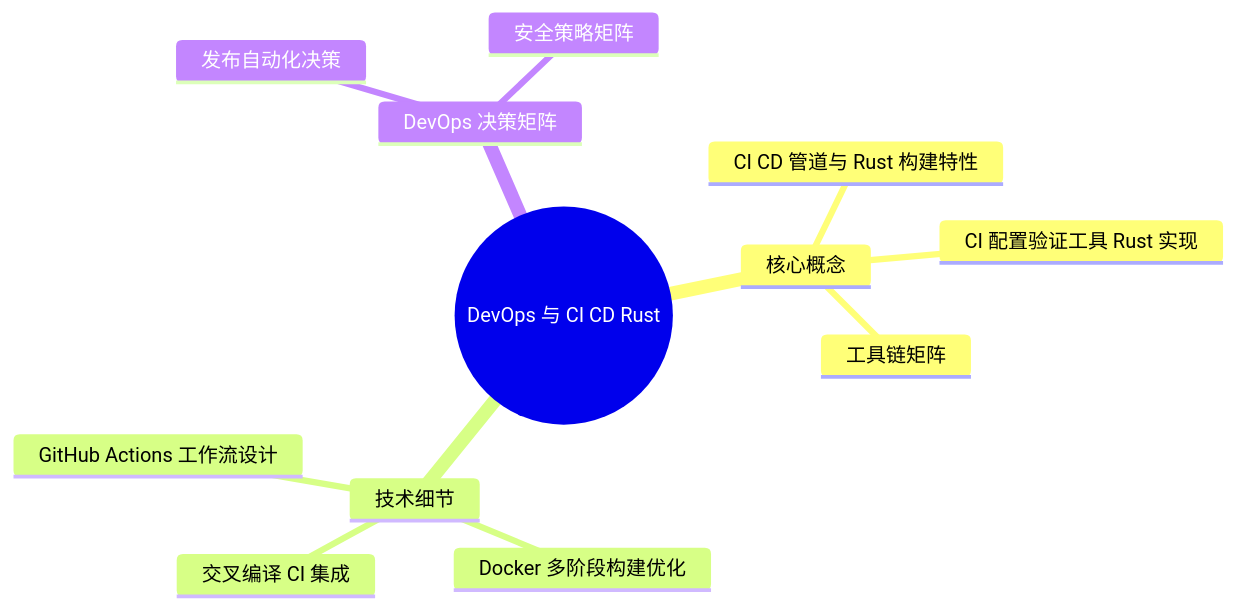
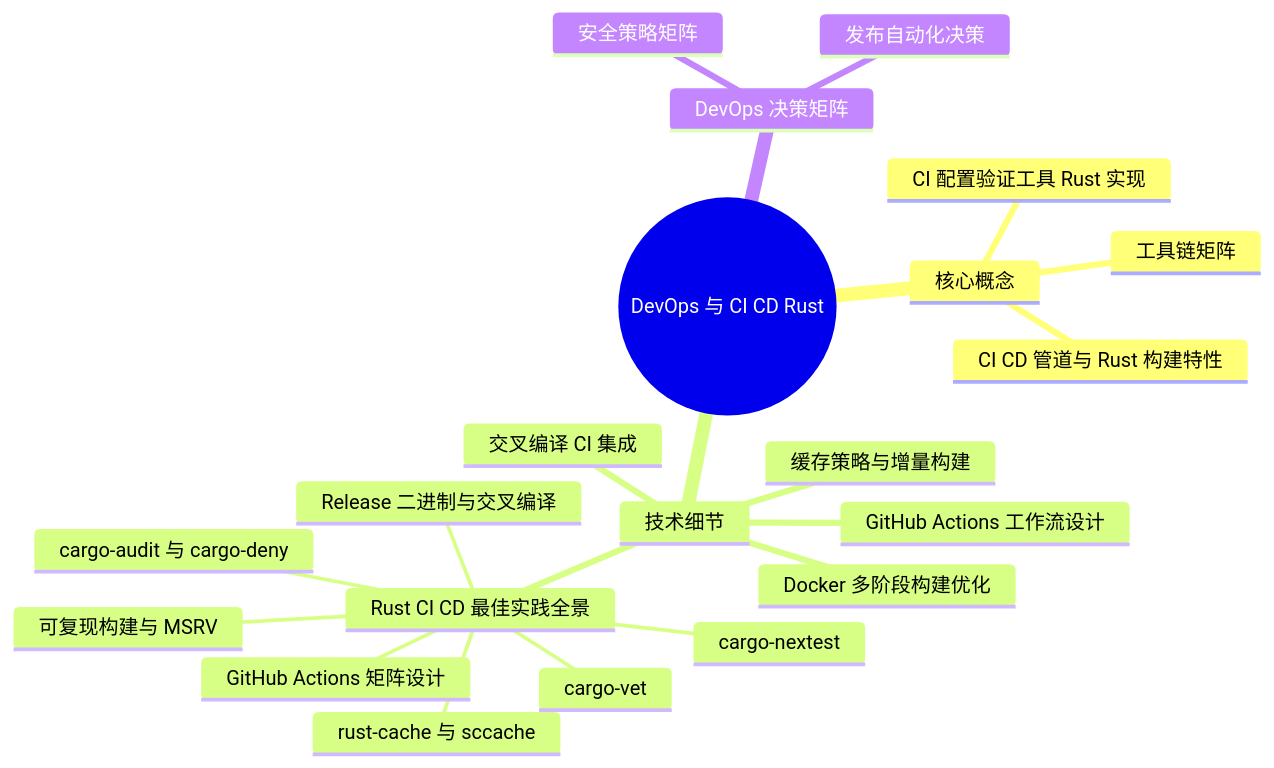
The third of 3 diagrams in concept/06_ecosystem/00_toolchain/03_devops_and_ci_cd.md (martin-ly/rust-lang), drawn with Mermaid before and after one commit. The commit also changed other lines of this file and 150 other files, not shown here.

````diff
--- a/concept/06_ecosystem/00_toolchain/03_devops_and_ci_cd.md
+++ b/concept/06_ecosystem/00_toolchain/03_devops_and_ci_cd.md
@@ -893,15 +1122,24 @@
 ```mermaid
 mindmap
   root((DevOps 与 CI CD Rust))
     核心概念
       CI CD 管道与 Rust 构建特性
       CI 配置验证工具 Rust 实现
       工具链矩阵
     技术细节
       GitHub Actions 工作流设计
       Docker 多阶段构建优化
       交叉编译 CI 集成
+      缓存策略与增量构建
+      Rust CI CD 最佳实践全景
+        GitHub Actions 矩阵设计
+        rust-cache 与 sccache
+        cargo-nextest
+        cargo-audit 与 cargo-deny
+        cargo-vet
+        Release 二进制与交叉编译
+        可复现构建与 MSRV
     DevOps 决策矩阵
       发布自动化决策
       安全策略矩阵
 ```
````
